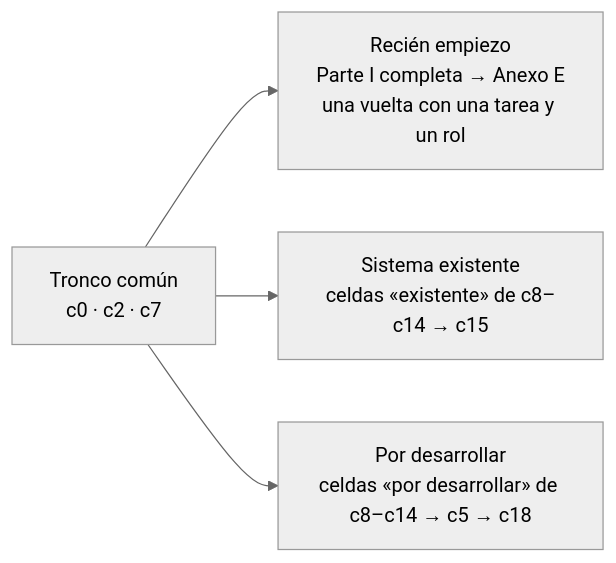
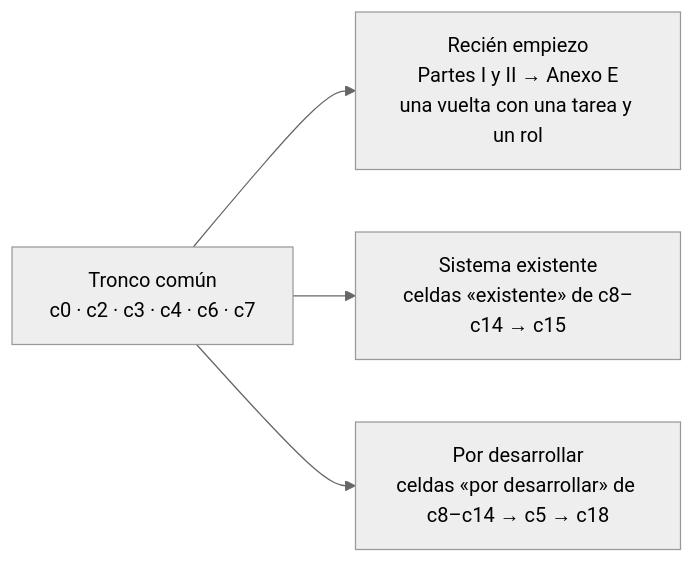
The second of 25 diagrams in Guides/IA/Dot-Net-Integration-AI-Layer-Guide/Conversational-Design-Framework-Guide.md (hdcm-dev/Lab-Documentos), drawn with Mermaid (neutral theme) before and after one commit. The commit also changed other lines of this file, not shown here.

````diff
--- a/Guides/IA/Dot-Net-Integration-AI-Layer-Guide/Conversational-Design-Framework-Guide.md
+++ b/Guides/IA/Dot-Net-Integration-AI-Layer-Guide/Conversational-Design-Framework-Guide.md
@@ -102,6 +102,6 @@
 ```mermaid
 flowchart LR
-  T["Tronco común<br/>c0 · c2 · c7"] --> R1["Recién empiezo<br/>Parte I completa → Anexo E<br/>una vuelta con una tarea y un rol"]
+  T["Tronco común<br/>c0 · c2 · c3 · c4 · c6 · c7"] --> R1["Recién empiezo<br/>Partes I y II → Anexo E<br/>una vuelta con una tarea y un rol"]
   T --> R2["Sistema existente<br/>celdas «existente» de c8–c14 → c15"]
   T --> R3["Por desarrollar<br/>celdas «por desarrollar» de c8–c14 → c5 → c18"]
 ```
````
